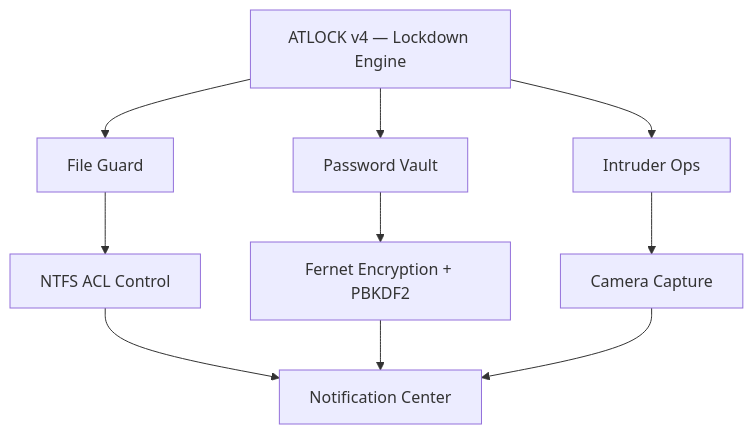
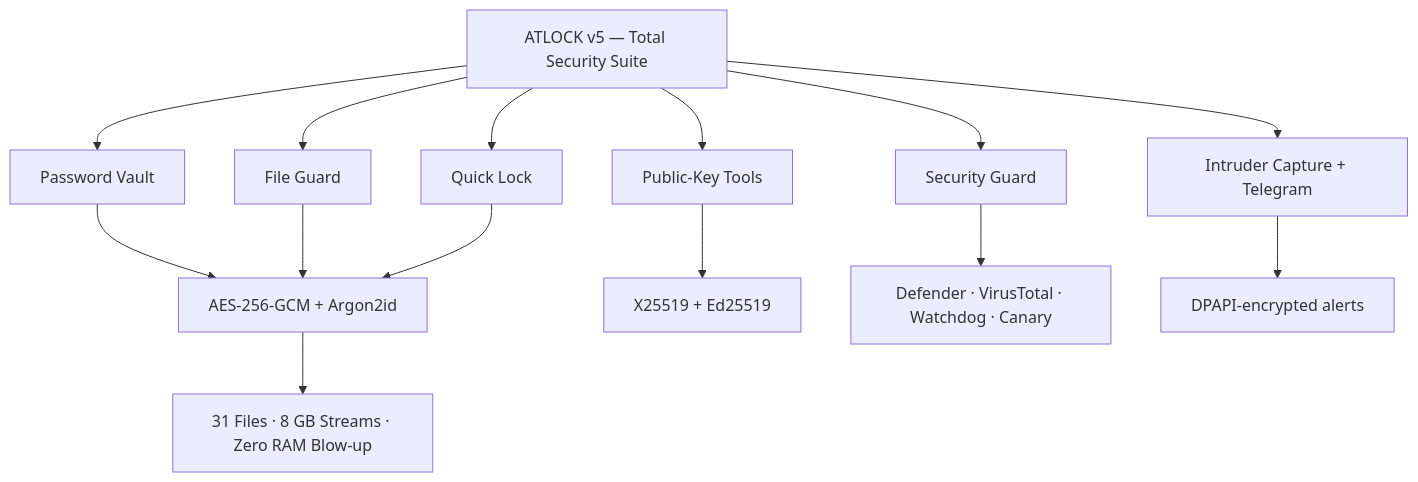
Before and after one commit to Akhouri-Anmol-Kumar/ATLOCK: the diagram in README.md, drawn with Mermaid. The commit also changed other lines of this file, not shown here.

Commit message:
Initial public release of ATLOCK v5.0

````diff
--- a/README.md
+++ b/README.md
@@ -180,12 +222,16 @@
 ```mermaid
 flowchart TD
-    A[ATLOCK v4 — Lockdown Engine] --> B[File Guard]
-    A --> C[Password Vault]
-    A --> D[Intruder Ops]
-    B --> B1[NTFS ACL Control]
-    C --> C1[Fernet Encryption + PBKDF2]
-    D --> D1[Camera Capture]
-    B1 --> E[Notification Center]
-    C1 --> E
-    D1 --> E
+    A[ATLOCK v5 — Total Security Suite] --> B[Password Vault]
+    A --> C[File Guard]
+    A --> D[Quick Lock]
+    A --> E[Security Guard]
+    A --> F[Intruder Capture + Telegram]
+    A --> G[Public-Key Tools]
+    B --> H[AES-256-GCM + Argon2id]
+    C --> H
+    D --> H
+    G --> I[X25519 + Ed25519]
+    E --> J[Defender · VirusTotal · Watchdog · Canary]
+    F --> K[DPAPI-encrypted alerts]
+    H --> L[31 Files · 8 GB Streams · Zero RAM Blow-up]
 ```
````
